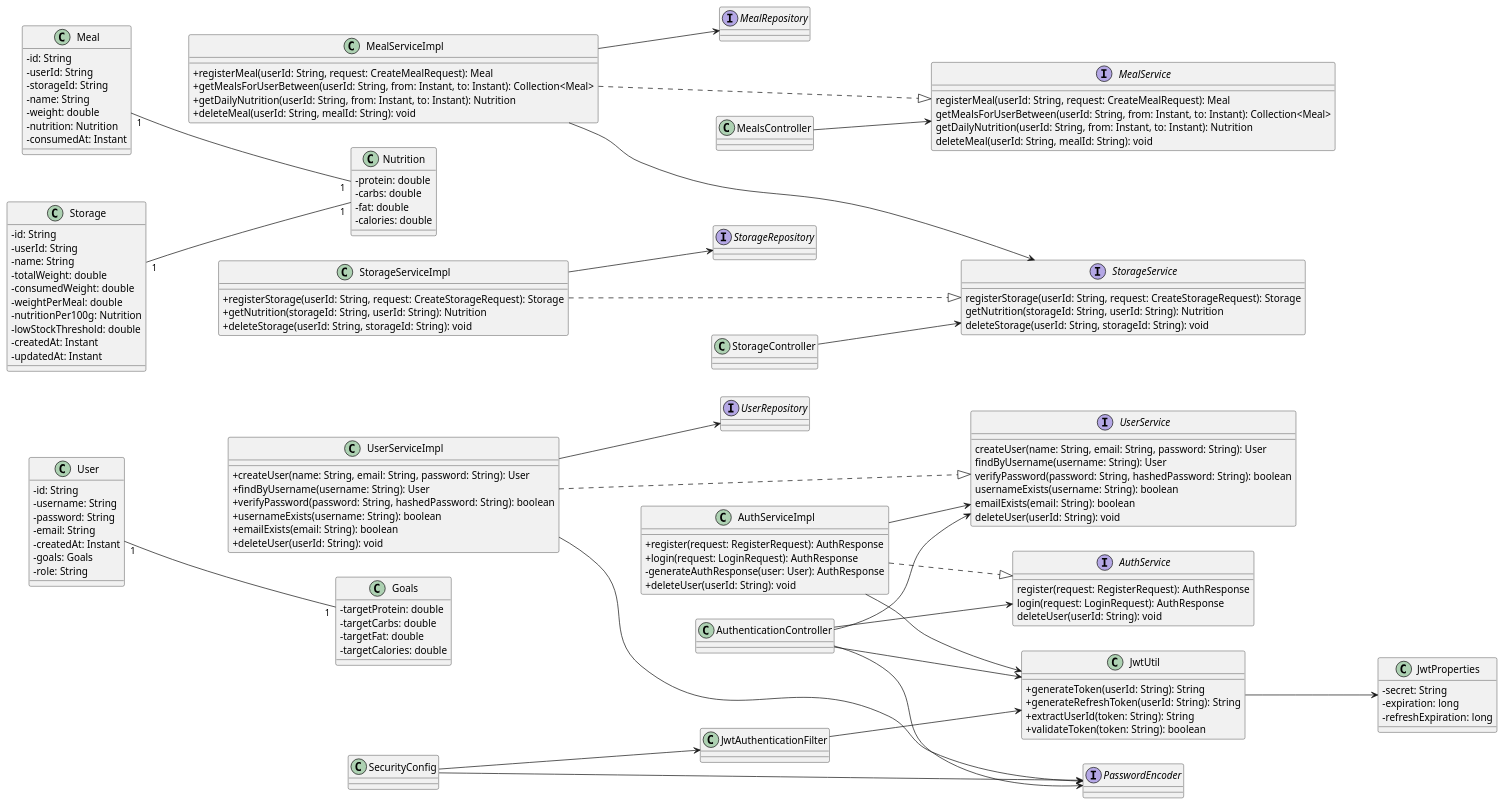
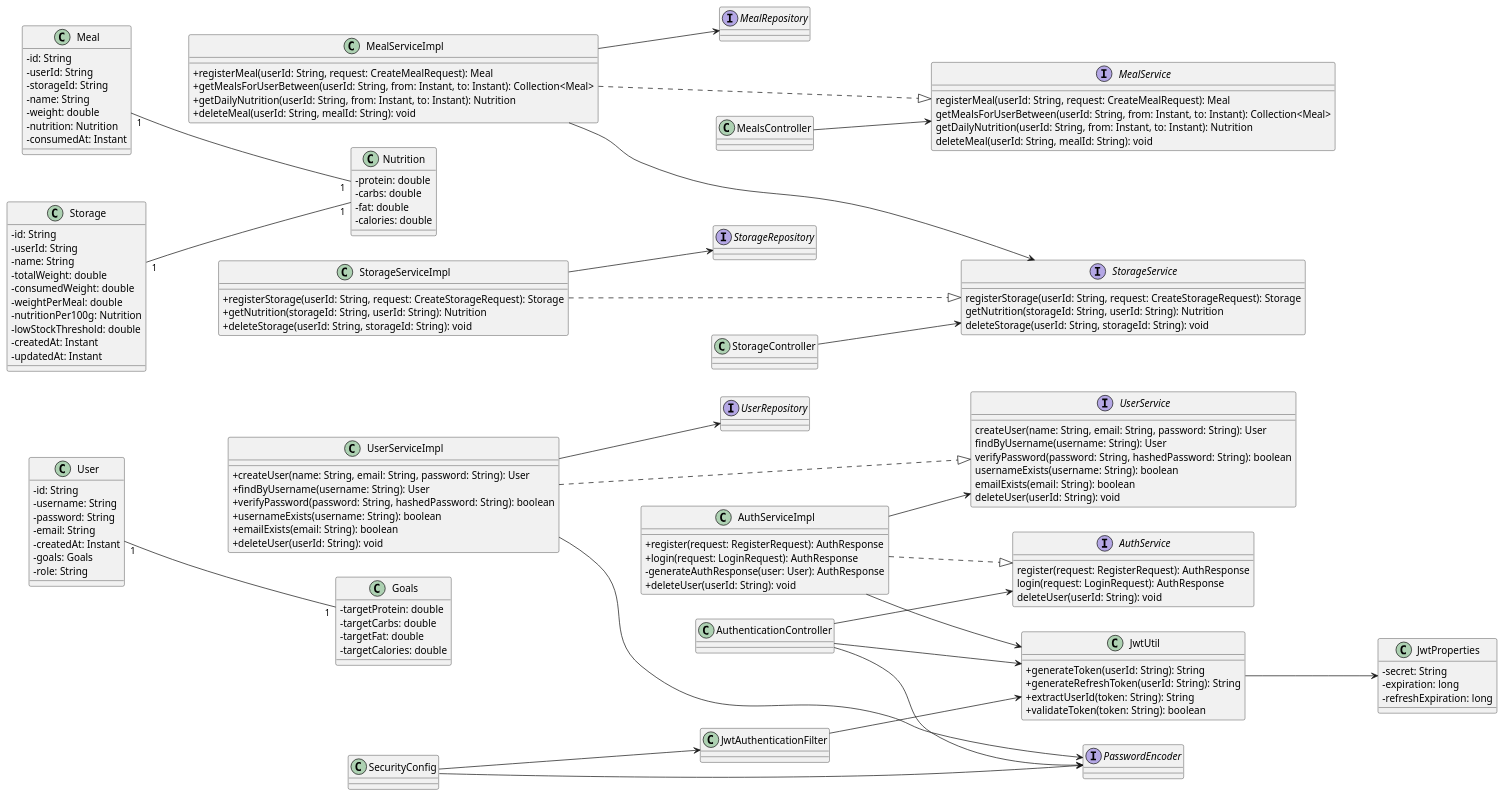
Before and after one commit to alfredbrannare/automagic-foodtracker-backend: the diagram in docs/system_documentation/diagrams/class/class_diagram_overview.puml, drawn with PlantUML. The commit also changed 11 other files, not shown here.

```diff
--- a/docs/system_documentation/diagrams/class/class_diagram_overview.puml
+++ b/docs/system_documentation/diagrams/class/class_diagram_overview.puml
@@ -1,183 +1,182 @@
 @startuml
 left to right direction
 skinparam classAttributeIconSize 0
 
 ' Entities
 class User {
     -id: String
     -username: String
     -password: String
     -email: String
     -createdAt: Instant
     -goals: Goals
     -role: String
 }
 
 class Goals {
     -targetProtein: double
     -targetCarbs: double
     -targetFat: double
     -targetCalories: double
 }
 
 class Meal {
     -id: String
     -userId: String
     -storageId: String
     -name: String
     -weight: double
     -nutrition: Nutrition
     -consumedAt: Instant
 }
 
 class Nutrition {
     -protein: double
     -carbs: double
     -fat: double
     -calories: double
 }
 
 class Storage {
     -id: String
     -userId: String
     -name: String
     -totalWeight: double
     -consumedWeight: double
     -weightPerMeal: double
     -nutritionPer100g: Nutrition
     -lowStockThreshold: double
     -createdAt: Instant
     -updatedAt: Instant
 }
 
 ' Repositories
 interface UserRepository
 interface MealRepository
 interface StorageRepository
 
 ' Services
 interface UserService {
     createUser(name: String, email: String, password: String): User
     findByUsername(username: String): User
     verifyPassword(password: String, hashedPassword: String): boolean
     usernameExists(username: String): boolean
     emailExists(email: String): boolean
     deleteUser(userId: String): void
 }
 
 class UserServiceImpl {
     +createUser(name: String, email: String, password: String): User
     +findByUsername(username: String): User
     +verifyPassword(password: String, hashedPassword: String): boolean
     +usernameExists(username: String): boolean
     +emailExists(email: String): boolean
     +deleteUser(userId: String): void
 }
 
 interface MealService {
     registerMeal(userId: String, request: CreateMealRequest): Meal
     getMealsForUserBetween(userId: String, from: Instant, to: Instant): Collection<Meal>
     getDailyNutrition(userId: String, from: Instant, to: Instant): Nutrition
     deleteMeal(userId: String, mealId: String): void
 }
 
 class MealServiceImpl {
     +registerMeal(userId: String, request: CreateMealRequest): Meal
     +getMealsForUserBetween(userId: String, from: Instant, to: Instant): Collection<Meal>
     +getDailyNutrition(userId: String, from: Instant, to: Instant): Nutrition
     +deleteMeal(userId: String, mealId: String): void
 }
 
 interface StorageService {
     registerStorage(userId: String, request: CreateStorageRequest): Storage
     getNutrition(storageId: String, userId: String): Nutrition
     deleteStorage(userId: String, storageId: String): void
 }
 
 class StorageServiceImpl {
     +registerStorage(userId: String, request: CreateStorageRequest): Storage
     +getNutrition(storageId: String, userId: String): Nutrition
     +deleteStorage(userId: String, storageId: String): void
 }
 
 interface AuthService {
     register(request: RegisterRequest): AuthResponse
     login(request: LoginRequest): AuthResponse
     deleteUser(userId: String): void
 }
 
 class AuthServiceImpl {
     +register(request: RegisterRequest): AuthResponse
     +login(request: LoginRequest): AuthResponse
     -generateAuthResponse(user: User): AuthResponse
     +deleteUser(userId: String): void
 }
 
 ' Security & Utilities
 class JwtUtil {
     +generateToken(userId: String): String
     +generateRefreshToken(userId: String): String
     +extractUserId(token: String): String
     +validateToken(token: String): boolean
 }
 
 class JwtAuthenticationFilter
 
 interface PasswordEncoder
 
 class SecurityConfig
 
 class JwtProperties {
     -secret: String
     -expiration: long
     -refreshExpiration: long
 }
 
 ' Controllers
 class AuthenticationController
 class MealsController
 class StorageController
 
 ' Service Relationships
 UserServiceImpl --> UserRepository
 UserServiceImpl --> PasswordEncoder
 MealServiceImpl --> MealRepository
 MealServiceImpl --> StorageService
 StorageServiceImpl --> StorageRepository
 AuthServiceImpl --> UserService
 AuthServiceImpl --> JwtUtil
 
 ' Controller Relationships
 AuthenticationController --> AuthService
-AuthenticationController --> UserService
 AuthenticationController --> JwtUtil
 AuthenticationController --> PasswordEncoder
 MealsController --> MealService
 StorageController --> StorageService
 
 ' Security Relationships
 JwtAuthenticationFilter --> JwtUtil
 SecurityConfig --> JwtAuthenticationFilter
 SecurityConfig --> PasswordEncoder
 JwtUtil --> JwtProperties
 
 ' Entity Associations
 User "1" -- "1" Goals
 Meal "1" -- "1" Nutrition
 Storage "1" -- "1" Nutrition
 
 ' Implementation
 UserServiceImpl ..|> UserService
 MealServiceImpl ..|> MealService
 StorageServiceImpl ..|> StorageService
 AuthServiceImpl ..|> AuthService
 
 ' Hidden links to force horizontal layout
 User -[hidden]->UserServiceImpl
 Meal -[hidden]->MealServiceImpl
 Storage -[hidden]->StorageServiceImpl
 UserServiceImpl -[hidden]->AuthenticationController
 MealServiceImpl -[hidden]->MealsController
 StorageServiceImpl -[hidden]->StorageController
 
 @enduml
```
